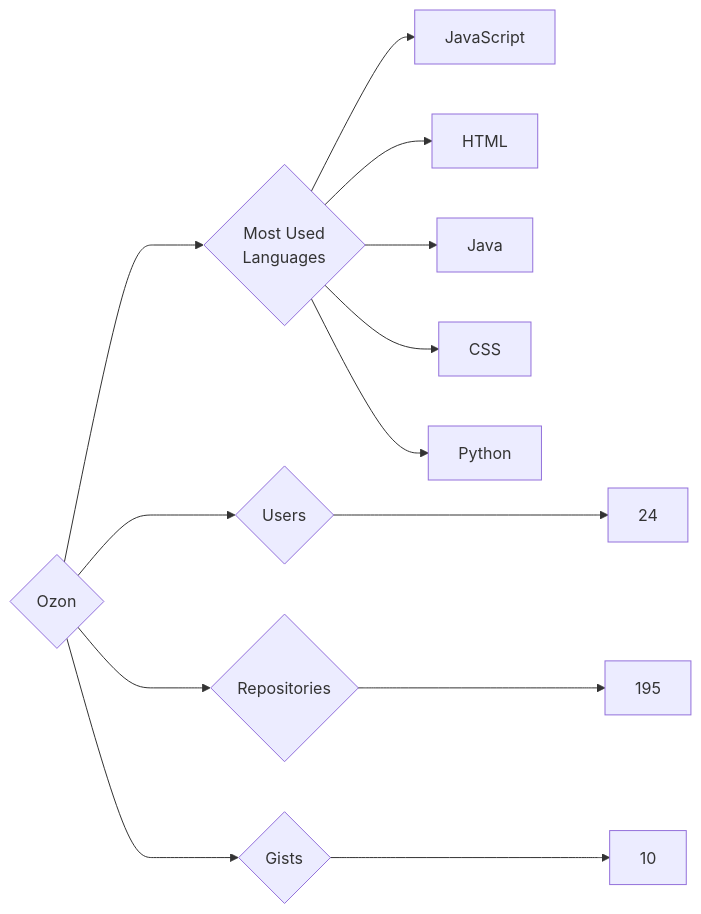
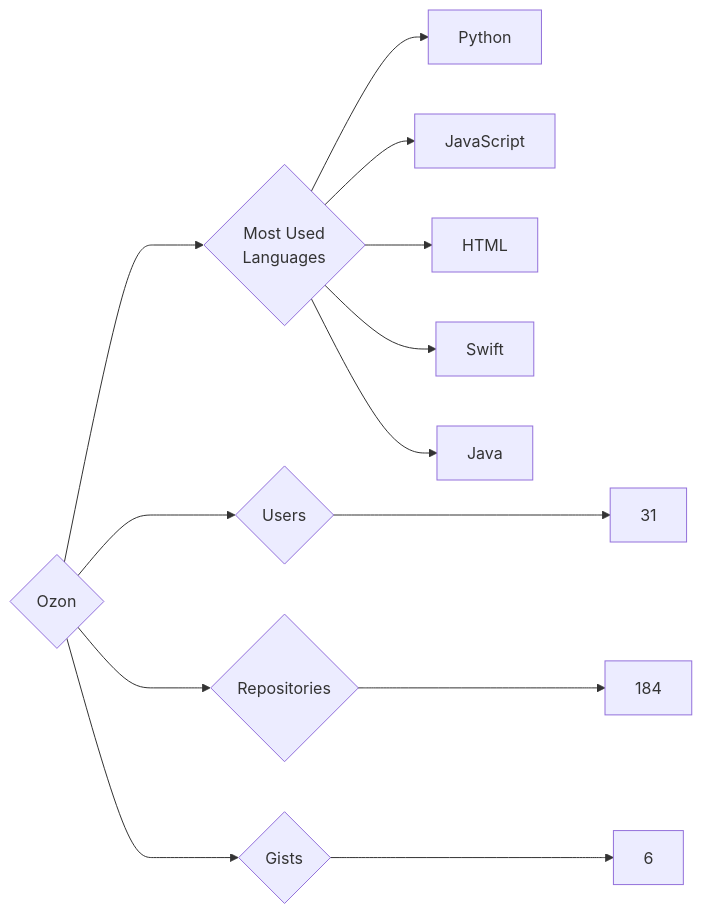
Before and after one commit to trickest/insiders: the diagram in targets/Ozon/README.md, drawn with Mermaid. The commit also changed 920 other files, not shown here.

````diff
--- a/targets/Ozon/README.md
+++ b/targets/Ozon/README.md
@@ -3,13 +3,13 @@
 ```mermaid
 graph LR
 COMPANY_NAME{Ozon}
-COMPANY_NAME ---> U{Users} ---> UN[24]
-COMPANY_NAME ---> R{Repositories} ---> RN[195]
-COMPANY_NAME ---> G{Gists} ---> GN[10]
+COMPANY_NAME ---> U{Users} ---> UN[31]
+COMPANY_NAME ---> R{Repositories} ---> RN[184]
+COMPANY_NAME ---> G{Gists} ---> GN[6]
 COMPANY_NAME ---> ML{Most Used<br>Languages}
+ML --> Python[Python]
 ML --> JavaScript[JavaScript]
 ML --> HTML[HTML]
+ML --> Swift[Swift]
 ML --> Java[Java]
-ML --> CSS[CSS]
-ML --> Python[Python]
 ```
````
